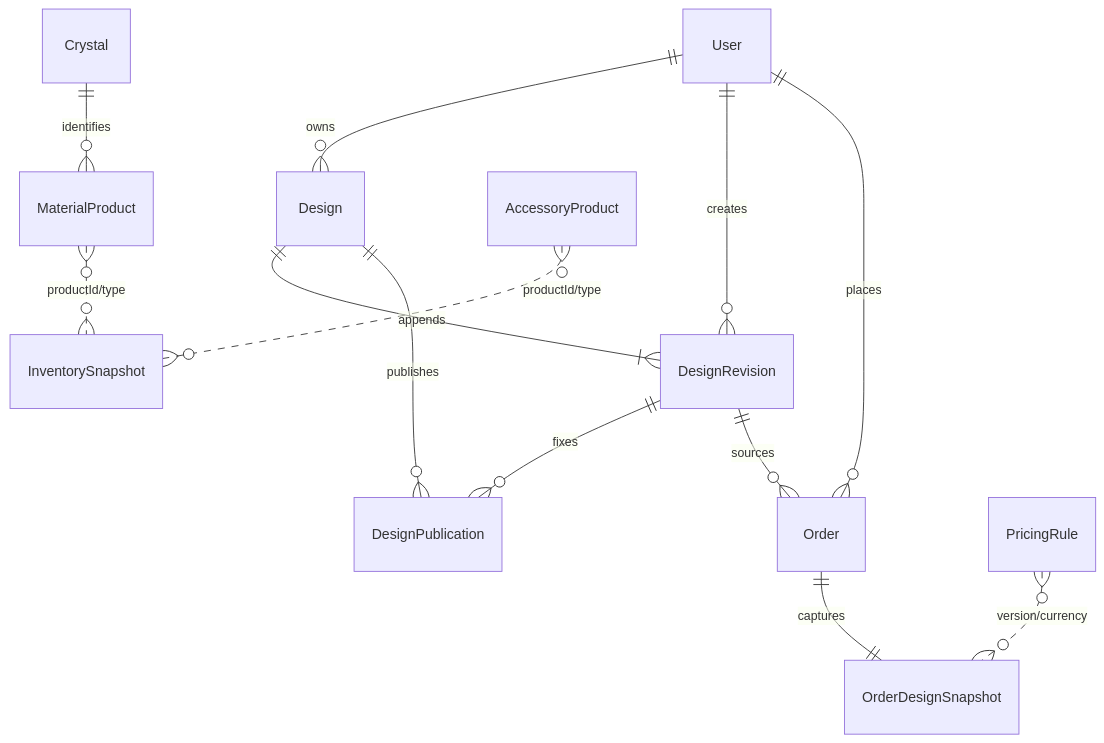
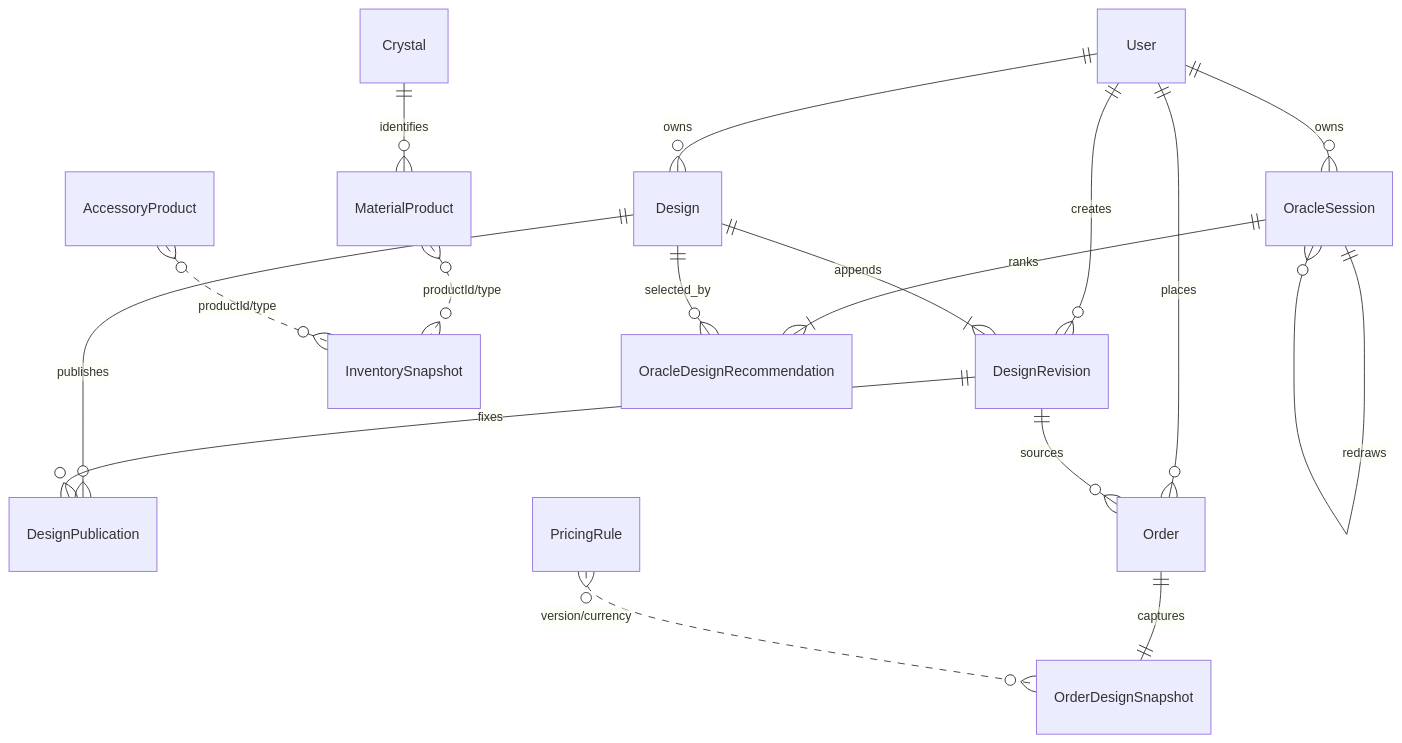
Before and after one commit to Jayce-Chan-iot/mystcrag: the diagram in docs/PERSISTENCE_MODEL_V1.md, drawn with Mermaid. The commit also changed other lines of this file and 10 other files, not shown here.

````diff
--- a/docs/PERSISTENCE_MODEL_V1.md
+++ b/docs/PERSISTENCE_MODEL_V1.md
@@ -8,15 +8,19 @@
 ```mermaid
 erDiagram
   User ||--o{ Design : owns
   User ||--o{ DesignRevision : creates
   Design ||--|{ DesignRevision : appends
   Design ||--o{ DesignPublication : publishes
   DesignRevision ||--o{ DesignPublication : fixes
   User ||--o{ Order : places
   DesignRevision ||--o{ Order : sources
   Order ||--|| OrderDesignSnapshot : captures
   Crystal ||--o{ MaterialProduct : identifies
   MaterialProduct }o..o{ InventorySnapshot : "productId/type"
   AccessoryProduct }o..o{ InventorySnapshot : "productId/type"
   PricingRule }o..o{ OrderDesignSnapshot : "version/currency"
+  User ||--o{ OracleSession : owns
+  OracleSession ||--o{ OracleSession : redraws
+  OracleSession ||--|{ OracleDesignRecommendation : ranks
+  Design ||--o{ OracleDesignRecommendation : selected_by
 ```
````
